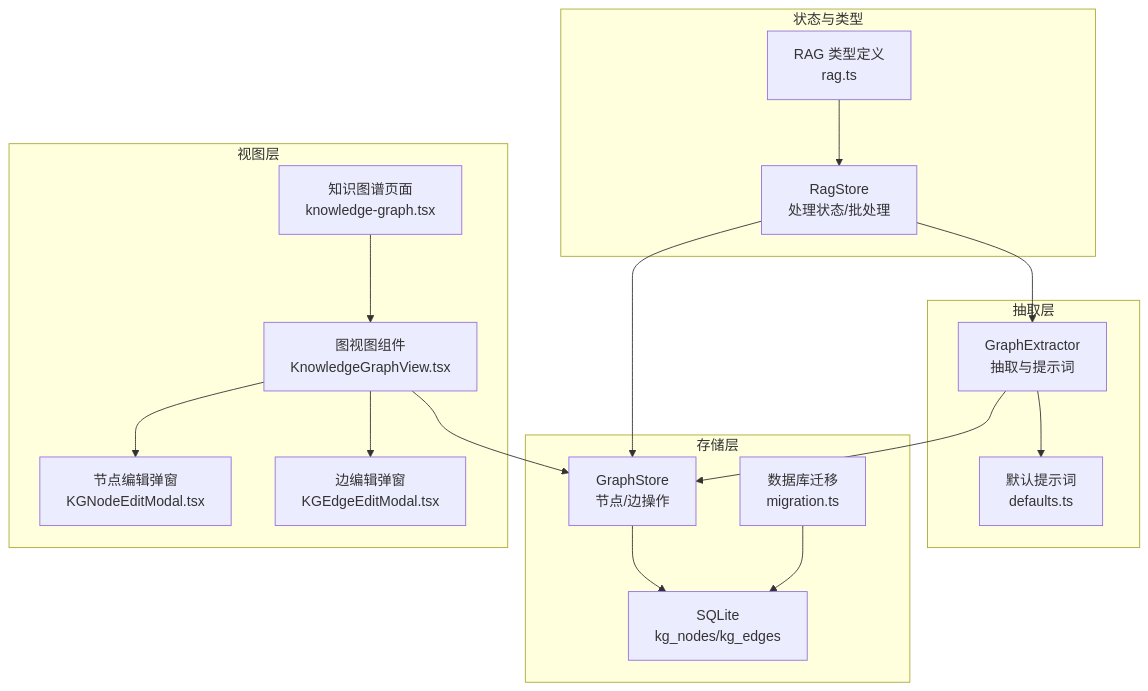
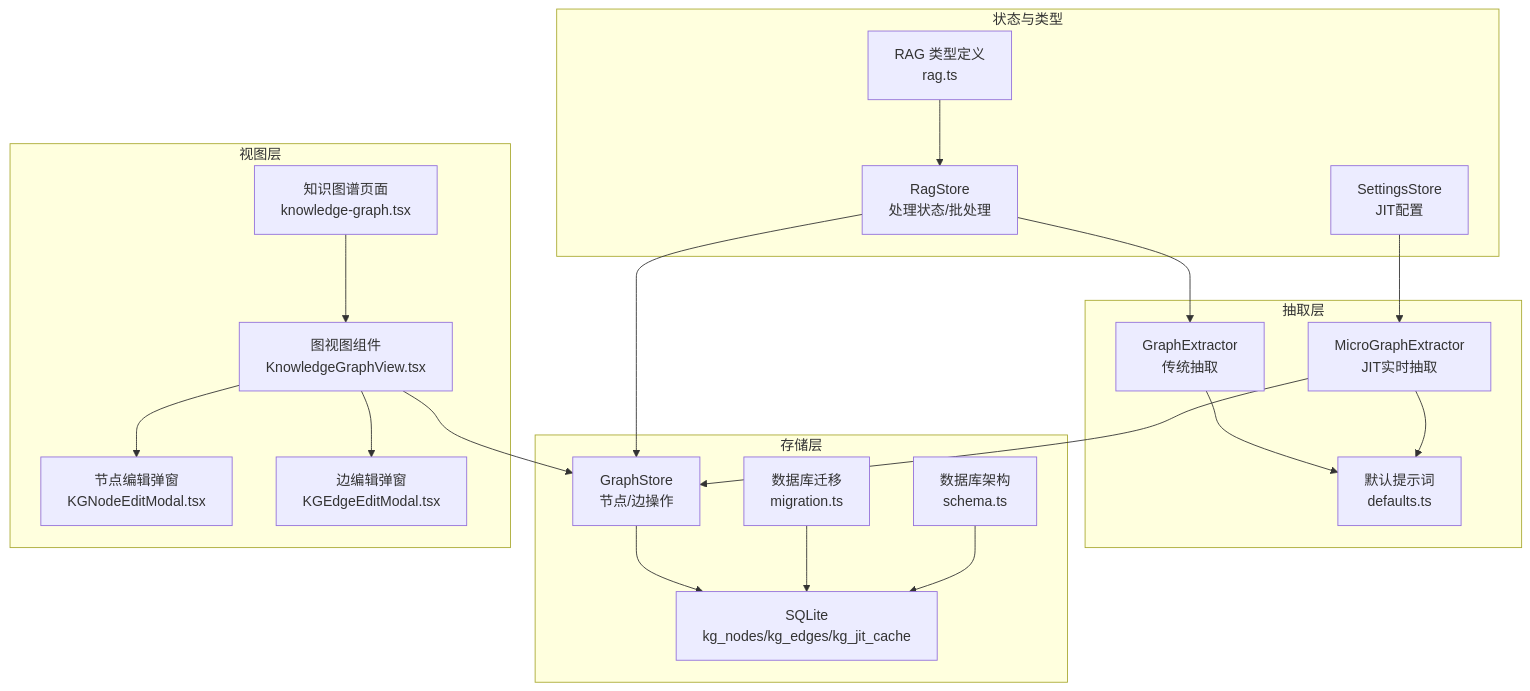
Before and after one commit to NarcisWL/Nexara: the first of 7 diagrams in .qoder/repowiki/zh/content/RAG知识引擎/知识图谱抽取/知识图谱抽取.md, drawn with Mermaid. The commit also changed other lines of this file and 6 other files, not shown here.

````diff
--- a/.qoder/repowiki/zh/content/RAG知识引擎/知识图谱抽取/知识图谱抽取.md
+++ b/.qoder/repowiki/zh/content/RAG知识引擎/知识图谱抽取/知识图谱抽取.md
@@ -45,33 +61,39 @@
 ```mermaid
 graph TB
 subgraph "抽取层"
-GE["GraphExtractor<br/>抽取与提示词"]
+GE["GraphExtractor<br/>传统抽取"]
+MGE["MicroGraphExtractor<br/>JIT实时抽取"]
 DEF["默认提示词<br/>defaults.ts"]
 end
 subgraph "存储层"
 GS["GraphStore<br/>节点/边操作"]
-DB["SQLite<br/>kg_nodes/kg_edges"]
+DB["SQLite<br/>kg_nodes/kg_edges/kg_jit_cache"]
 MIG["数据库迁移<br/>migration.ts"]
+SCHEMA["数据库架构<br/>schema.ts"]
 end
 subgraph "视图层"
 KGS["知识图谱页面<br/>knowledge-graph.tsx"]
 KGV["图视图组件<br/>KnowledgeGraphView.tsx"]
 NM["节点编辑弹窗<br/>KGNodeEditModal.tsx"]
 EM["边编辑弹窗<br/>KGEdgeEditModal.tsx"]
 end
 subgraph "状态与类型"
 RS["RagStore<br/>处理状态/批处理"]
 RT["RAG 类型定义<br/>rag.ts"]
+SS["SettingsStore<br/>JIT配置"]
 end
 GE --> DEF
-GE --> GS
+MGE --> DEF
+MGE --> GS
 GS --> DB
 MIG --> DB
+SCHEMA --> DB
 KGS --> KGV
 KGV --> GS
 KGV --> NM
 KGV --> EM
 RS --> GE
 RS --> GS
+SS --> MGE
 RT --> RS
 ```
````
